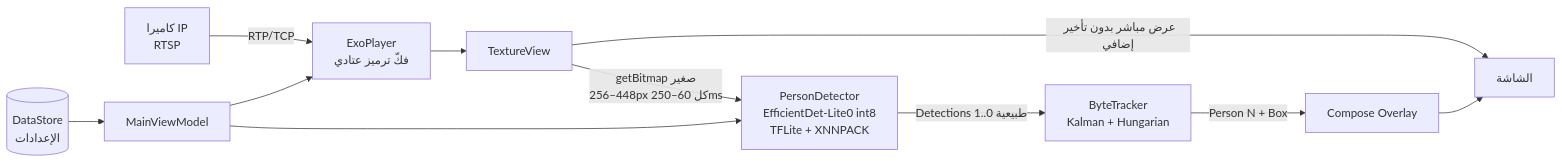
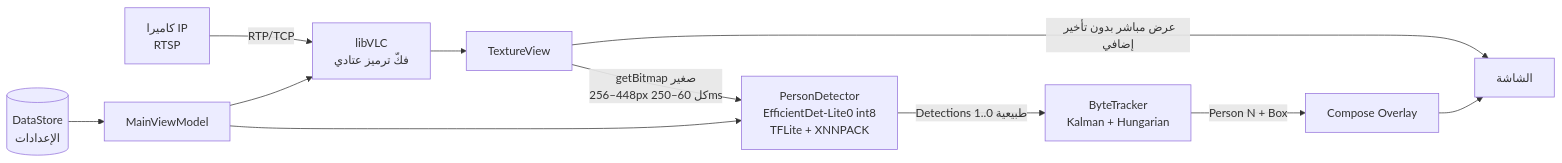
Before and after one commit to Maggdsanaa/miyahi1: the diagram in README.md, drawn with Mermaid. The commit also changed other lines of this file and 6 other files, not shown here.

````diff
--- a/README.md
+++ b/README.md
@@ -11,13 +11,13 @@
 ```mermaid
 flowchart LR
-    CAM[كاميرا IP<br/>RTSP] -->|RTP/TCP| EXO[ExoPlayer<br/>فكّ ترميز عتادي]
+    CAM[كاميرا IP<br/>RTSP] -->|RTP/TCP| EXO[libVLC<br/>فكّ ترميز عتادي]
     EXO --> TV[TextureView]
     TV -->|عرض مباشر بدون تأخير إضافي| SCREEN[الشاشة]
     TV -->|getBitmap صغير<br/>256–448px كل 60–250ms| DET[PersonDetector<br/>EfficientDet-Lite0 int8<br/>TFLite + XNNPACK]
     DET -->|Detections طبيعية 0..1| TRK[ByteTracker<br/>Kalman + Hungarian]
     TRK -->|Person N + Box| OVL[Compose Overlay]
     OVL --> SCREEN
     DS[(DataStore<br/>الإعدادات)] --> VM[MainViewModel]
     VM --> EXO
     VM --> DET
 ```
````
